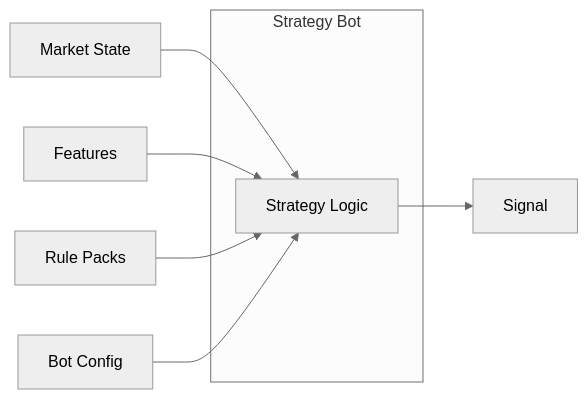
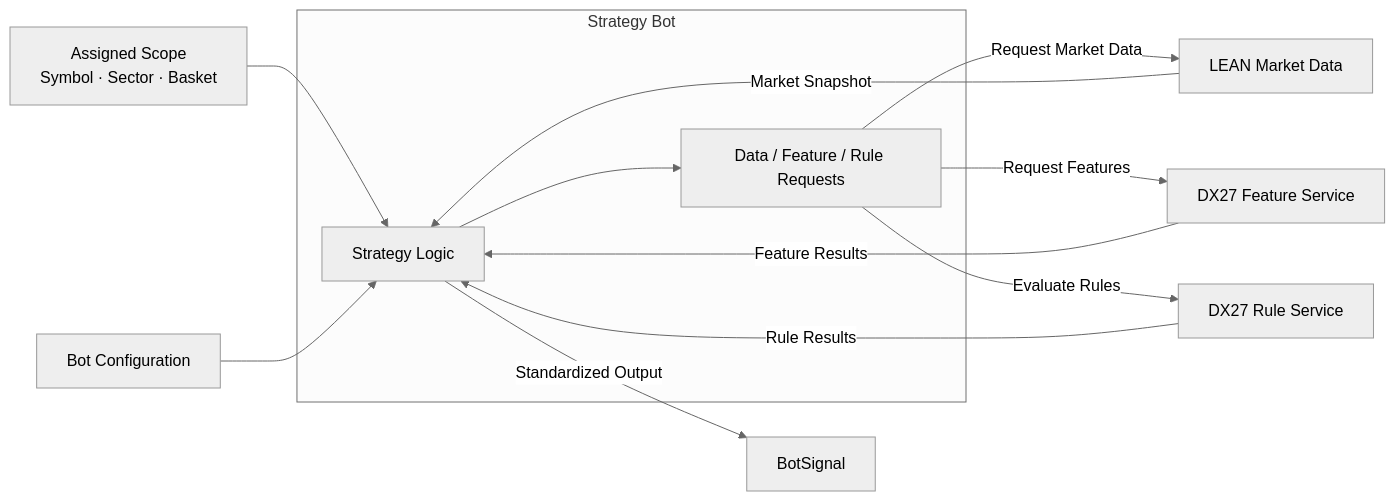
One commit to Daxoniel/DX27-Trading-Engine changed the third of 3 diagrams in docs/architecture/system-overview.md. Above: the diagram before and after it, drawn with Mermaid (neutral theme). The commit also changed other lines of this file and 1 other file, not shown here.

Commit message:
update architecture diagrams

````diff
--- a/docs/architecture/system-overview.md
+++ b/docs/architecture/system-overview.md
@@ -66,21 +75,33 @@
 ```mermaid
 flowchart LR
 
-    State[Market State]
-    Features[Features]
-    Rules[Rule Packs]
-    Config[Bot Config]
+    Scope["Assigned Scope<br/>Symbol · Sector · Basket"]
+    Config["Bot Configuration"]
 
     subgraph Bot["Strategy Bot"]
-        Logic[Strategy Logic]
+        Logic["Strategy Logic"]
+        Request["Data / Feature / Rule Requests"]
     end
 
-    Signal[Signal]
+    Data["LEAN Market Data"]
+    Features["DX27 Feature Service"]
+    Rules["DX27 Rule Service"]
 
-    State --> Logic
-    Features --> Logic
-    Rules --> Logic
+    Signal["BotSignal"]
+
+    Scope --> Logic
     Config --> Logic
 
-    Logic --> Signal
+    Logic --> Request
+
+    Request -->|Request Market Data| Data
+    Data -->|Market Snapshot| Logic
+
+    Request -->|Request Features| Features
+    Features -->|Feature Results| Logic
+
+    Request -->|Evaluate Rules| Rules
+    Rules -->|Rule Results| Logic
+
+    Logic -->|Standardized Output| Signal
 ```
````
